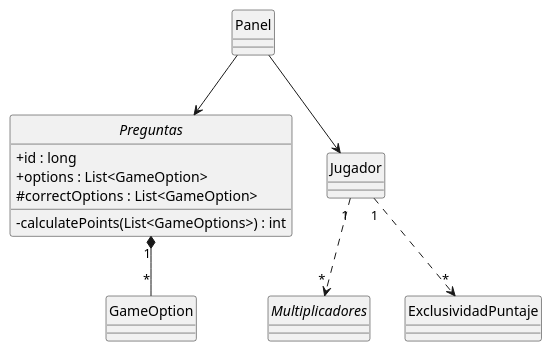
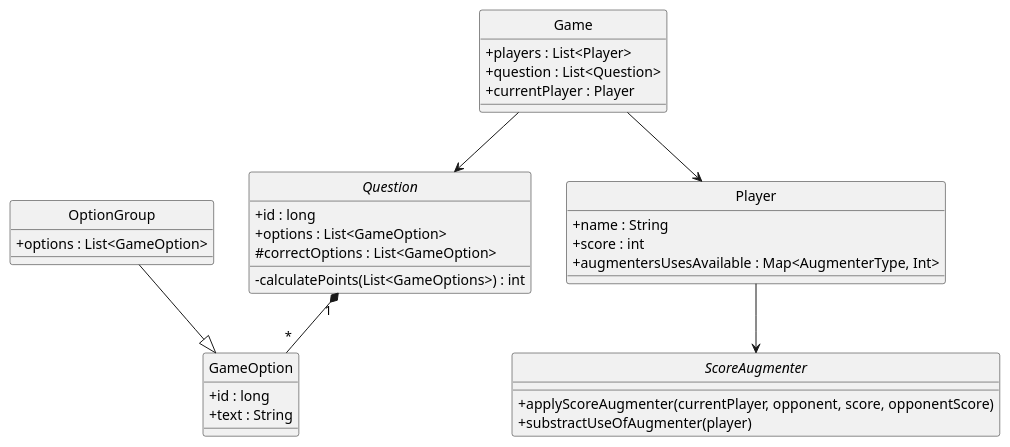
The diagram in docs/diagramaClases-Principal-TP2.plantuml (diegosanchez/TP2-Kahoot), drawn with PlantUML before and after one commit.

Commit message:
Actualización Diagrama Clases
Cambios en el diagrama general

```diff
--- a/docs/diagramaClases-Principal-TP2.plantuml
+++ b/docs/diagramaClases-Principal-TP2.plantuml
@@ -1,39 +1,49 @@
 @startuml DiagramaUML-Clases-TP2
 hide circle
 skinparam classAttributeIconSize 0
 
-abstract Preguntas{
+abstract Question{
     + id : long
     + options : List<GameOption>
     # correctOptions : List<GameOption>
     - calculatePoints(List<GameOptions>) : int
 }
 
 class GameOption{
+    + id : long
+	+ text : String
+}
+
+class OptionGroup{
+    + options : List<GameOption>
+}
+
+class Game{
+    + players : List<Player>
+	+ question : List<Question>
+	+ currentPlayer : Player
+}
+
+class Player{
+    + name : String
+	+ score : int
+	+ augmentersUsesAvailable : Map<AugmenterType, Int>
 
 }
 
-class Panel{
-
+abstract ScoreAugmenter{
+    + applyScoreAugmenter(currentPlayer, opponent, score, opponentScore)
+    + substractUseOfAugmenter(player)
 }
 
-class Jugador{
 
-}
+Game  -->  Question
+Game -->  Player
 
-interface Multiplicadores{
+OptionGroup --|> GameOption
 
-}
+Player --> ScoreAugmenter
 
-class ExclusividadPuntaje{
-
-}
-
-Jugador "1"..>"*" Multiplicadores
-Jugador "1"..>"*" ExclusividadPuntaje
-Panel  -->  Preguntas
-Panel -->  Jugador
-
-Preguntas "1"*--"*" GameOption
+Question "1"*--"*" GameOption
 
 @enduml
```
